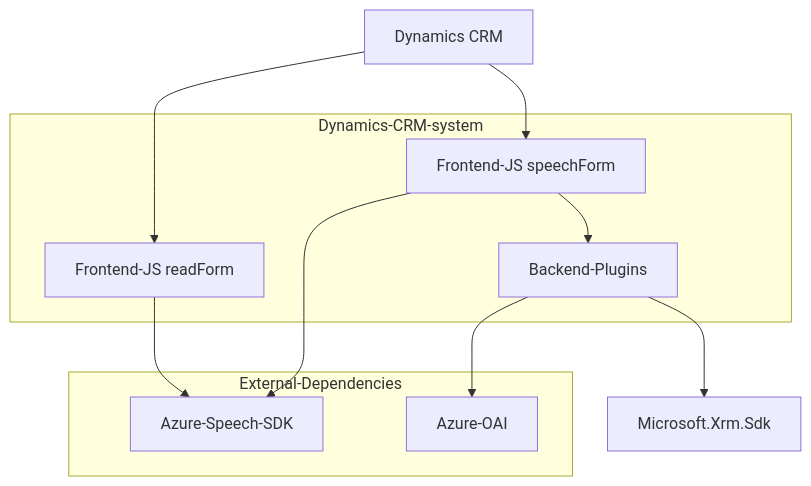
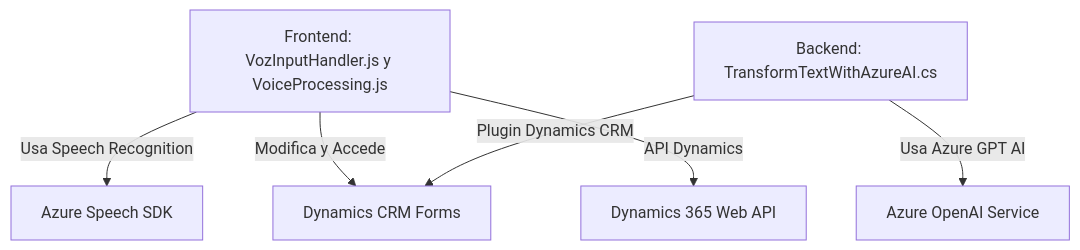
Before and after one commit to blopezdm/NETCORE_BILBAO2025: the diagram in README.md, drawn with Mermaid. The commit also changed other lines of this file, not shown here.

````diff
--- a/README.md
+++ b/README.md
@@ -44,22 +44,16 @@
 ```mermaid
 graph TD
-  subgraph Dynamics-CRM-system
-    A["Frontend-JS readForm"]
-    B["Frontend-JS speechForm"]
-    C["Backend-Plugins"]
-  end
-  
-  subgraph External-Dependencies
-    D["Azure Speech SDK"]
-    E["Azure OpenAI Service"]
-  end
-  
-  A --> D[Azure-Speech-SDK]
-  B --> D[Azure-Speech-SDK]
-  B --> C
-  C --> E["Azure-OAI"]
-  C --> Dynamics-CRM-Library["Microsoft.Xrm.Sdk"]
 
-  Dynamics-Crm["Dynamics CRM"]--> A
-  Dynamics-Crm--> B
- ```
+FrontendJS["Frontend: VozInputHandler.js y VoiceProcessing.js"]
+BackendPlugin["Backend: TransformTextWithAzureAI.cs"]
+AzureSpeechSDK["Azure Speech SDK"]
+AzureOpenAI["Azure OpenAI Service"]
+CRMForms["Dynamics CRM Forms"]
+WebAPI["Dynamics 365 Web API"]
+
+FrontendJS -->|Usa Speech Recognition| AzureSpeechSDK
+FrontendJS -->|Modifica y Accede| CRMForms
+FrontendJS -->|API Dynamics| WebAPI
+BackendPlugin -->|Plugin Dynamics CRM| CRMForms
+BackendPlugin -->|Usa Azure GPT AI| AzureOpenAI
+```
````
